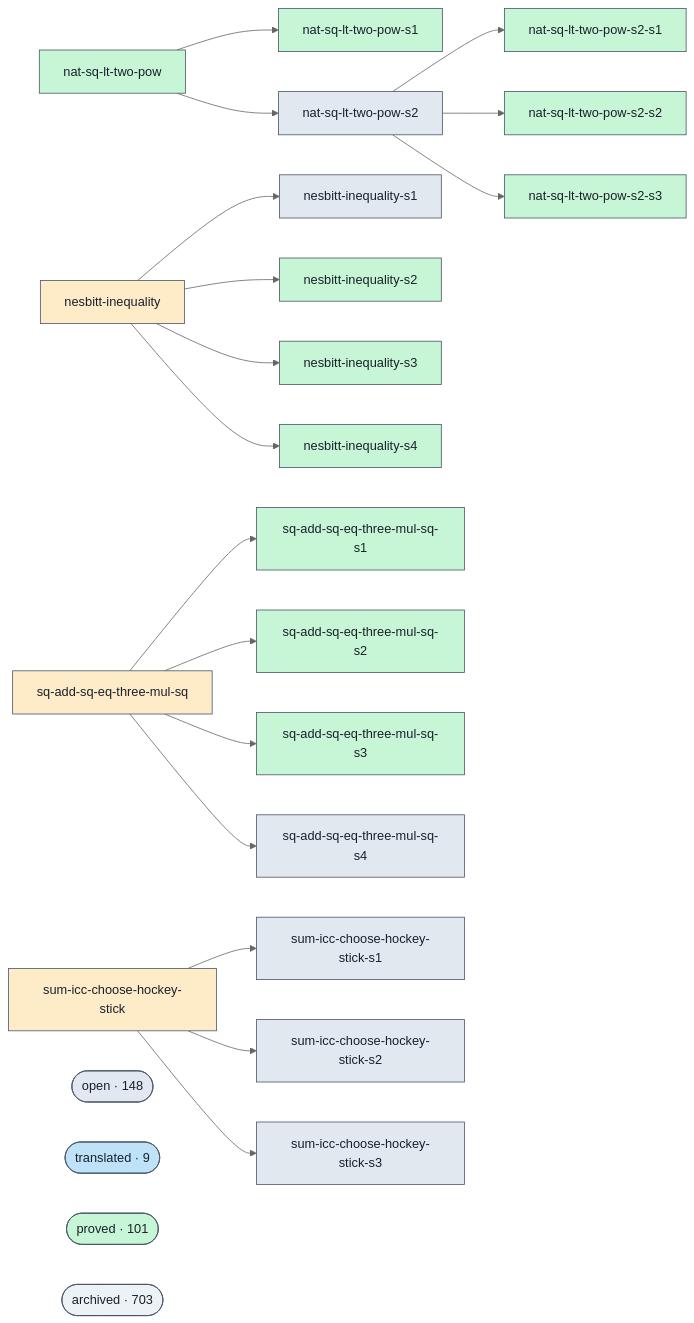
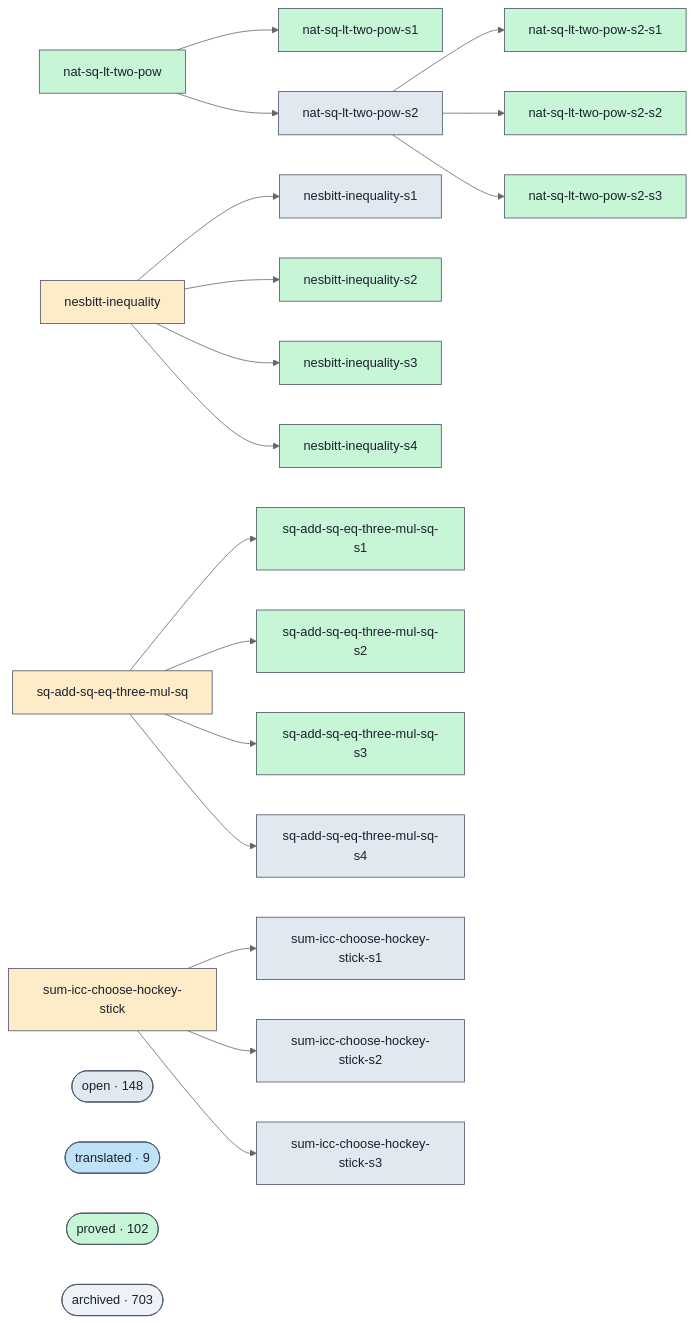
Before and after one commit to Rauxon/unsorry: the diagram in docs/proofs-contributors-visualisation.md, drawn with Mermaid (neutral theme). The commit also changed other lines of this file and 2 other files, not shown here.

```diff
--- a/docs/proofs-contributors-visualisation.md
+++ b/docs/proofs-contributors-visualisation.md
@@ -102,7 +102,7 @@
   class cluster_open open;
   cluster_translated(["translated · 9"])
   class cluster_translated translated;
-  cluster_proved(["proved · 101"])
+  cluster_proved(["proved · 102"])
   class cluster_proved proved;
   cluster_archived(["archived · 703"])
   class cluster_archived unknown;
```
